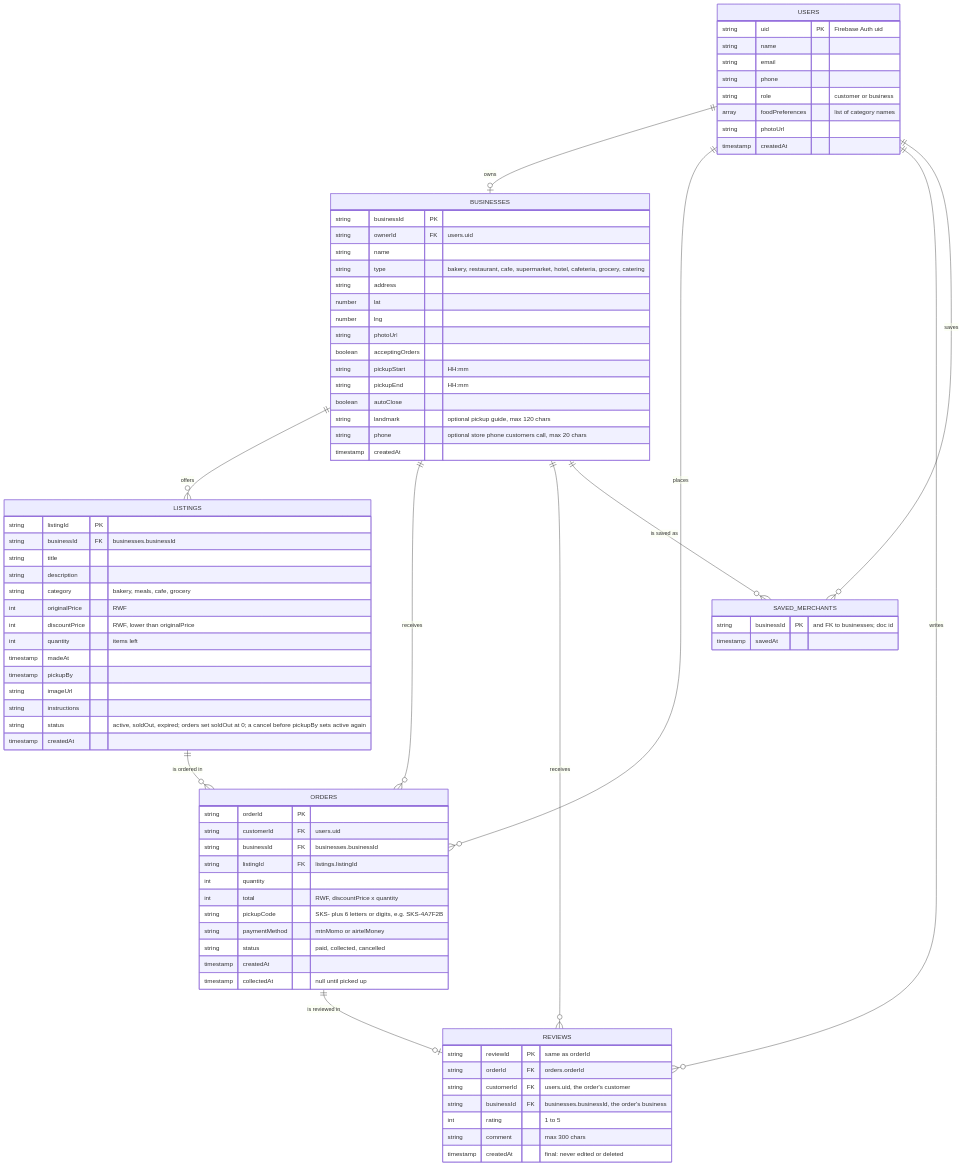
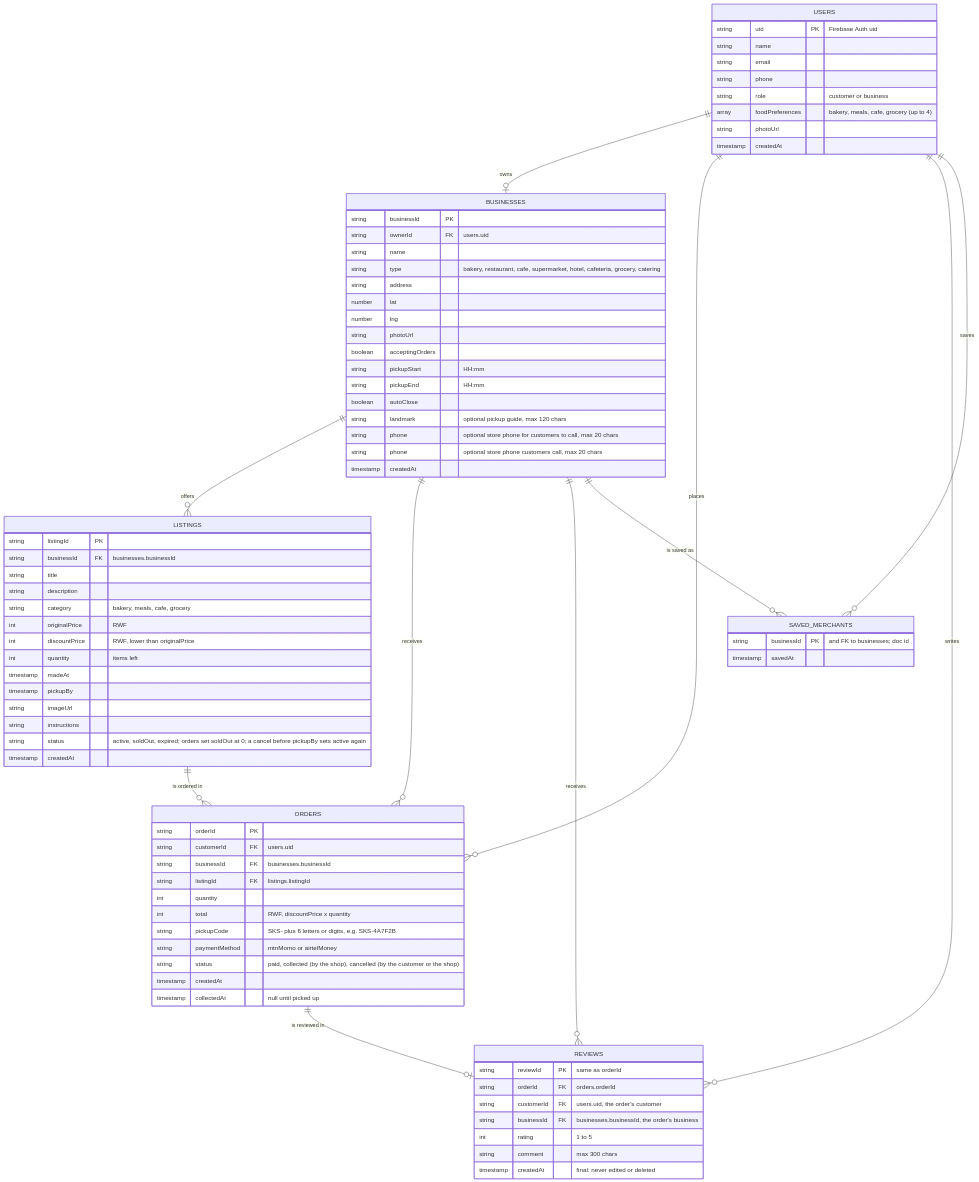
The diagram in docs/database/erd.md (Melyssa-Ingabe/sokosafi), drawn with Mermaid before and after one commit. The commit also changed other lines of this file, not shown here.

Commit message:
docs(erd): add store phone, reviews index and who can cancel

```diff
--- a/docs/database/erd.md
+++ b/docs/database/erd.md
@@ -23,7 +23,7 @@
         string email
         string phone
         string role "customer or business"
-        array foodPreferences "list of category names"
+        array foodPreferences "bakery, meals, cafe, grocery (up to 4)"
         string photoUrl
         timestamp createdAt
     }
@@ -42,6 +42,7 @@
         string pickupEnd "HH:mm"
         boolean autoClose
         string landmark "optional pickup guide, max 120 chars"
+        string phone "optional store phone for customers to call, max 20 chars"
         string phone "optional store phone customers call, max 20 chars"
         timestamp createdAt
     }
@@ -72,7 +73,7 @@
         int total "RWF, discountPrice x quantity"
         string pickupCode "SKS- plus 6 letters or digits, e.g. SKS-4A7F2B"
         string paymentMethod "mtnMomo or airtelMoney"
-        string status "paid, collected, cancelled"
+        string status "paid, collected (by the shop), cancelled (by the customer or the shop)"
         timestamp createdAt
         timestamp collectedAt "null until picked up"
     }
```
